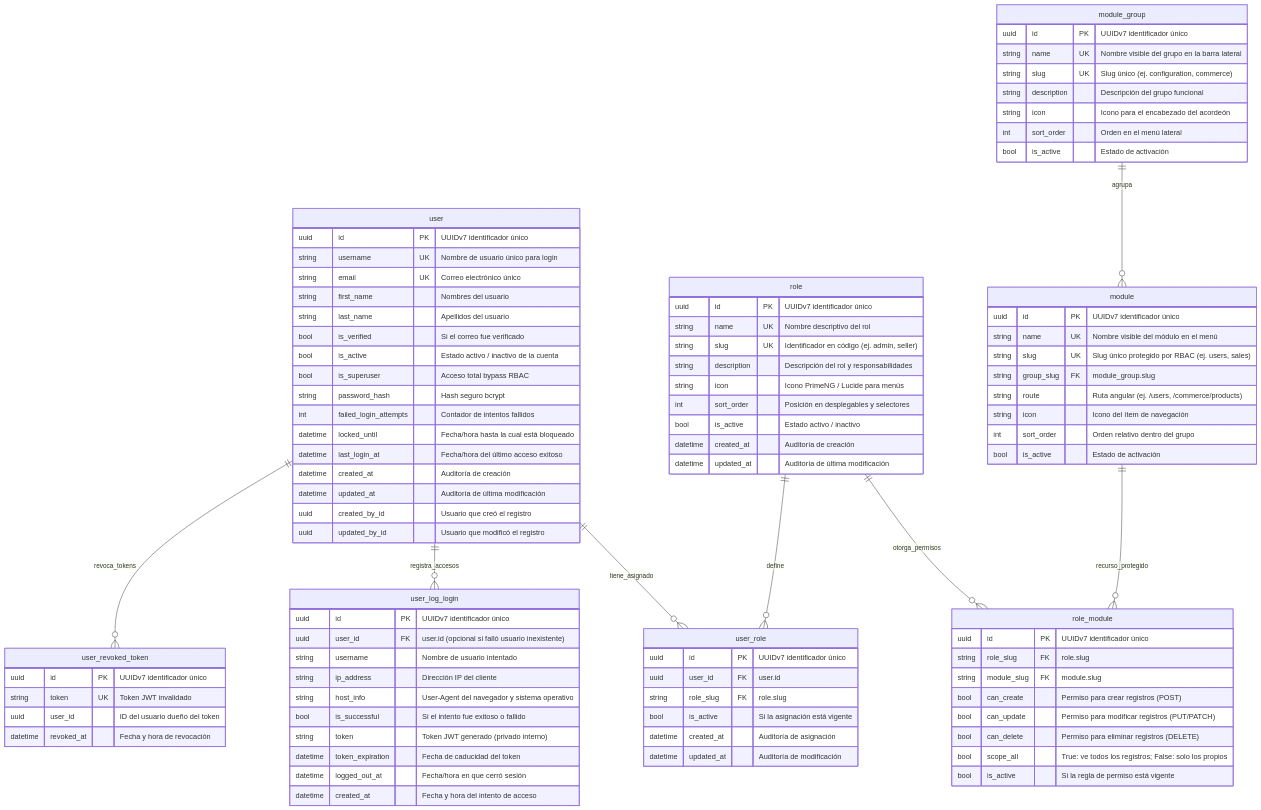
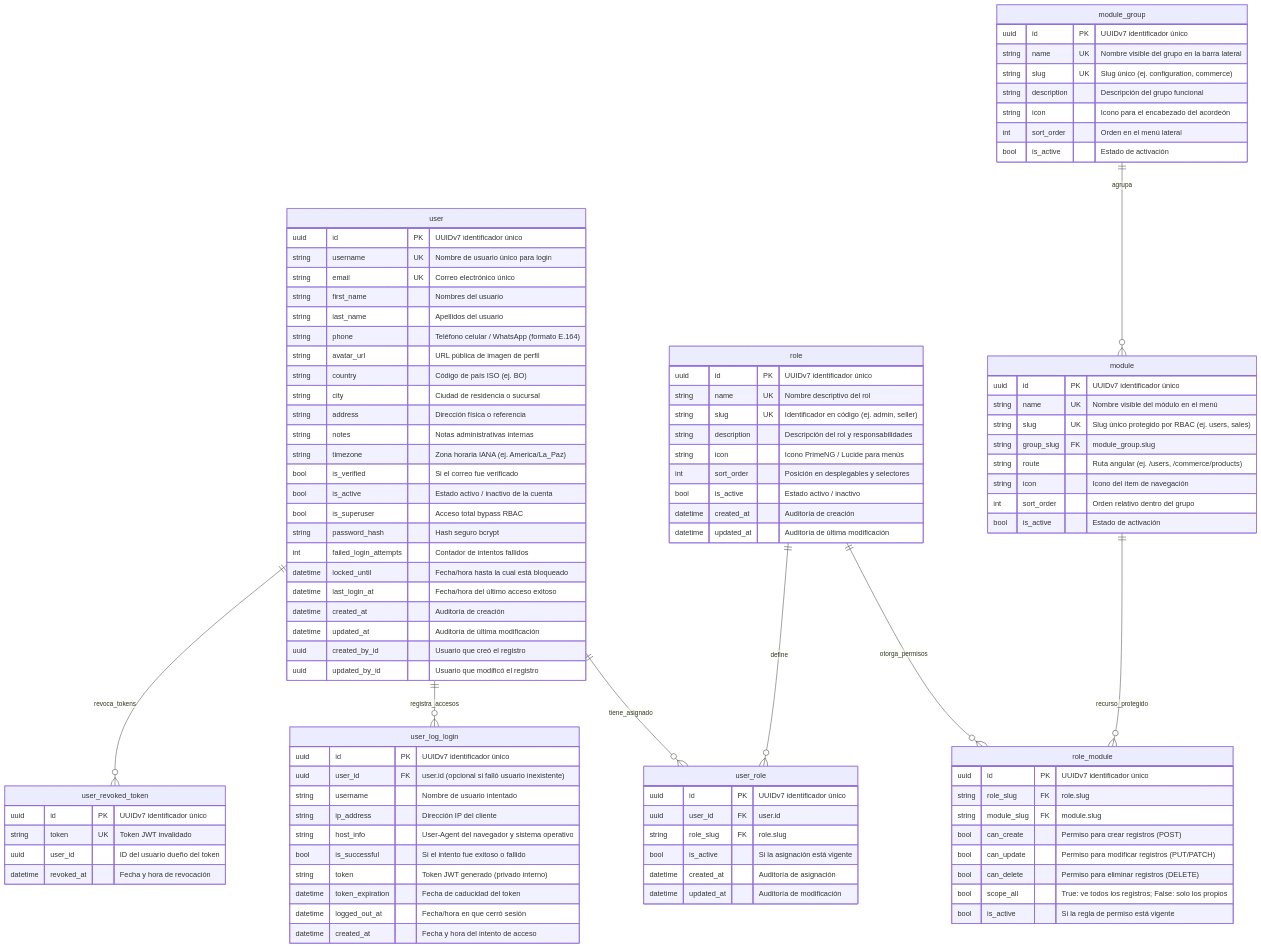
The diagram in docs/core/02_DATABASE_DICTIONARY.md (henrytaby/uyuni-backend-py), drawn with Mermaid before and after one commit. The commit also changed other lines of this file and 21 other files, not shown here.

```diff
--- a/docs/core/02_DATABASE_DICTIONARY.md
+++ b/docs/core/02_DATABASE_DICTIONARY.md
@@ -22,6 +22,13 @@
         string email UK "Correo electrónico único"
         string first_name "Nombres del usuario"
         string last_name "Apellidos del usuario"
+        string phone "Teléfono celular / WhatsApp (formato E.164)"
+        string avatar_url "URL pública de imagen de perfil"
+        string country "Código de país ISO (ej. BO)"
+        string city "Ciudad de residencia o sucursal"
+        string address "Dirección física o referencia"
+        string notes "Notas administrativas internas"
+        string timezone "Zona horaria IANA (ej. America/La_Paz)"
         bool is_verified "Si el correo fue verificado"
         bool is_active "Estado activo / inactivo de la cuenta"
         bool is_superuser "Acceso total bypass RBAC"
```
